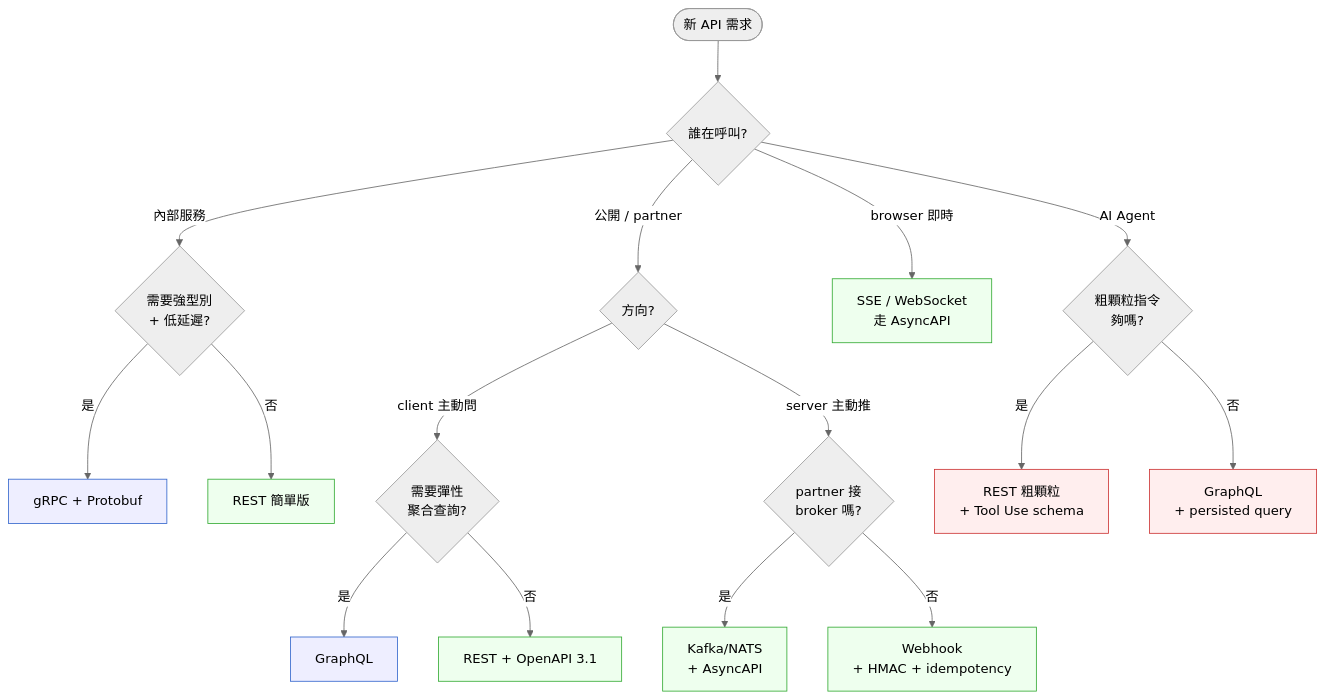
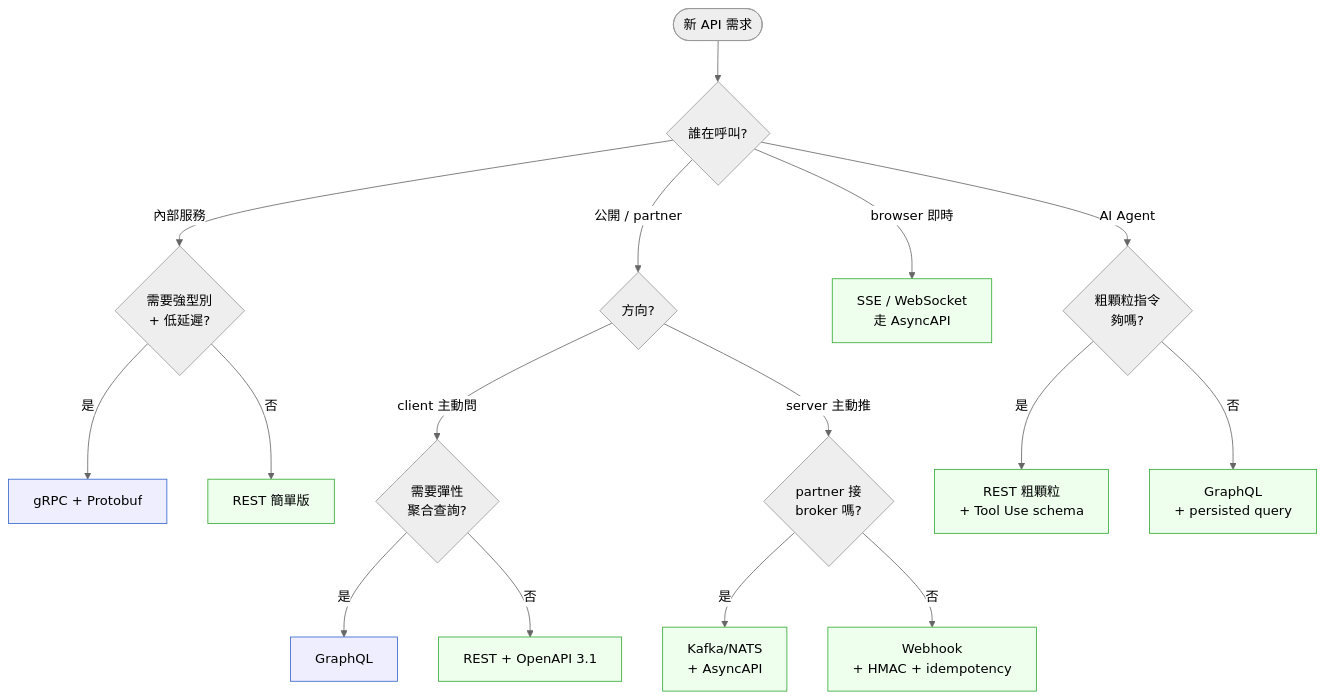
Before and after one commit to EddyKuo/sa-sd-playbook: the second of 2 diagrams in book/part-03-design/ch-14-api-design.md, drawn with Mermaid (neutral theme). The commit also changed other lines of this file and 26 other files, not shown here.

````diff
--- a/book/part-03-design/ch-14-api-design.md
+++ b/book/part-03-design/ch-14-api-design.md
@@ -192,29 +192,28 @@
 ```mermaid
 flowchart TD
     Start([新 API 需求]) --> Q1{誰在呼叫?}
     Q1 -->|內部服務| Q2{需要強型別<br/>+ 低延遲?}
     Q2 -->|是| GRPC[gRPC + Protobuf]
     Q2 -->|否| REST_INT[REST 簡單版]
 
     Q1 -->|公開 / partner| Q3{方向?}
     Q3 -->|client 主動問| Q4{需要彈性<br/>聚合查詢?}
     Q4 -->|是| GQL[GraphQL]
     Q4 -->|否| REST_PUB[REST + OpenAPI 3.1]
 
     Q3 -->|server 主動推| Q5{partner 接<br/>broker 嗎?}
     Q5 -->|是| ASYNC[Kafka/NATS<br/>+ AsyncAPI]
     Q5 -->|否| WEBHOOK[Webhook<br/>+ HMAC + idempotency]
 
     Q1 -->|browser 即時| SSE[SSE / WebSocket<br/>走 AsyncAPI]
 
     Q1 -->|AI Agent| Q6{粗顆粒指令<br/>夠嗎?}
     Q6 -->|是| AGENT_REST[REST 粗顆粒<br/>+ Tool Use schema]
     Q6 -->|否| AGENT_GQL[GraphQL<br/>+ persisted query]
 
     classDef hot fill:#fee,stroke:#c33
     classDef cold fill:#eef,stroke:#36c
     classDef goal fill:#efe,stroke:#3a3
     class GRPC,GQL cold
-    class REST_PUB,REST_INT,WEBHOOK,ASYNC,SSE goal
-    class AGENT_REST,AGENT_GQL hot
+    class REST_PUB,REST_INT,WEBHOOK,ASYNC,SSE,AGENT_REST,AGENT_GQL goal
 ```
````
